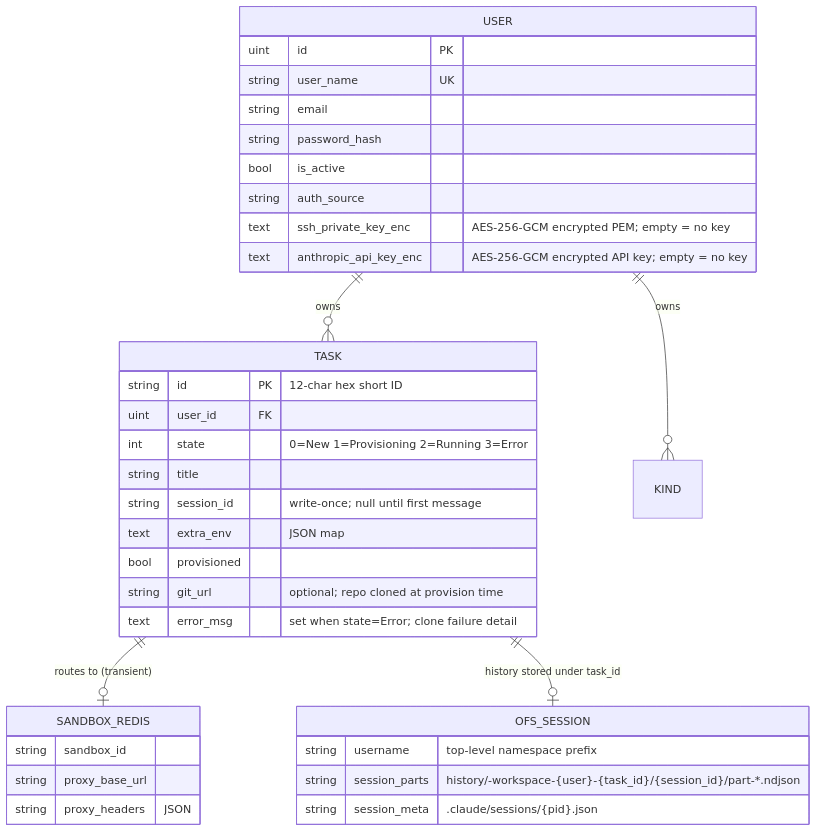
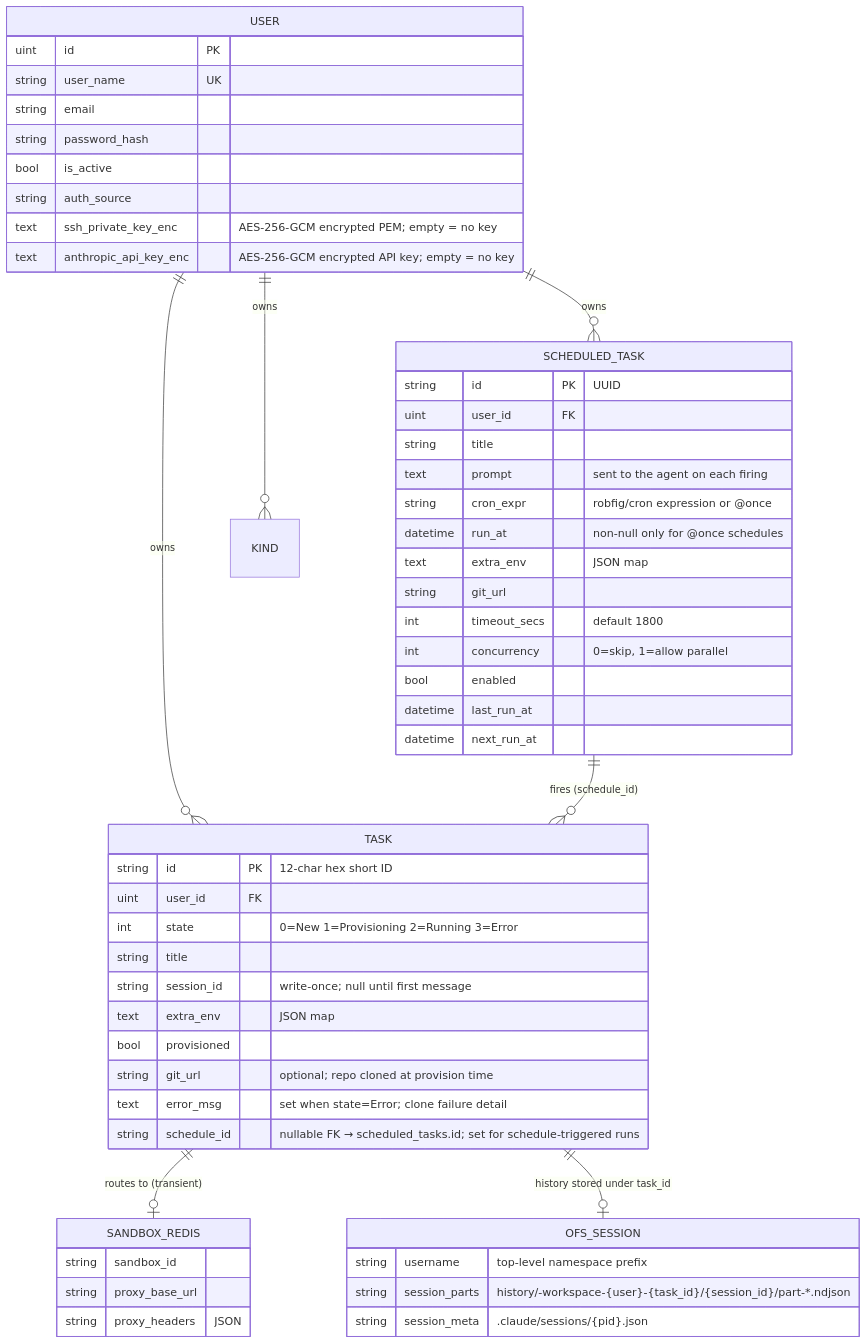
Before and after one commit to HhSen/cloud-agents: the diagram in backend/docs/specs/data-management.md, drawn with Mermaid. The commit also changed other lines of this file and 37 other files, not shown here.

Commit message:
feat: schedule task

````diff
--- a/backend/docs/specs/data-management.md
+++ b/backend/docs/specs/data-management.md
@@ -18,42 +18,61 @@
 ```mermaid
 erDiagram
     USER {
         uint   id                       PK
         string user_name                UK
         string email
         string password_hash
         bool   is_active
         string auth_source
         text   ssh_private_key_enc          "AES-256-GCM encrypted PEM; empty = no key"
         text   anthropic_api_key_enc        "AES-256-GCM encrypted API key; empty = no key"
     }
 
     TASK {
         string  id           PK  "12-char hex short ID"
         uint    user_id      FK
         int     state            "0=New 1=Provisioning 2=Running 3=Error"
         string  title
         string  session_id       "write-once; null until first message"
         text    extra_env        "JSON map"
         bool    provisioned
         string  git_url          "optional; repo cloned at provision time"
         text    error_msg        "set when state=Error; clone failure detail"
+        string  schedule_id      "nullable FK → scheduled_tasks.id; set for schedule-triggered runs"
+    }
+
+    SCHEDULED_TASK {
+        string  id           PK  "UUID"
+        uint    user_id      FK
+        string  title
+        text    prompt           "sent to the agent on each firing"
+        string  cron_expr        "robfig/cron expression or @once"
+        datetime run_at          "non-null only for @once schedules"
+        text    extra_env        "JSON map"
+        string  git_url
+        int     timeout_secs     "default 1800"
+        int     concurrency      "0=skip, 1=allow parallel"
+        bool    enabled
+        datetime last_run_at
+        datetime next_run_at
     }
 
     SANDBOX_REDIS {
         string sandbox_id
         string proxy_base_url
         string proxy_headers     "JSON"
     }
 
     OFS_SESSION {
         string username          "top-level namespace prefix"
         string session_parts     "history/-workspace-{user}-{task_id}/{session_id}/part-*.ndjson"
         string session_meta      ".claude/sessions/{pid}.json"
     }
 
-    USER ||--o{ TASK          : "owns"
-    USER ||--o{ KIND          : "owns"
-    TASK ||--o| SANDBOX_REDIS : "routes to (transient)"
-    TASK ||--o| OFS_SESSION   : "history stored under task_id"
+    USER ||--o{ TASK           : "owns"
+    USER ||--o{ KIND           : "owns"
+    USER ||--o{ SCHEDULED_TASK : "owns"
+    SCHEDULED_TASK ||--o{ TASK : "fires (schedule_id)"
+    TASK ||--o| SANDBOX_REDIS  : "routes to (transient)"
+    TASK ||--o| OFS_SESSION    : "history stored under task_id"
 ```
````
